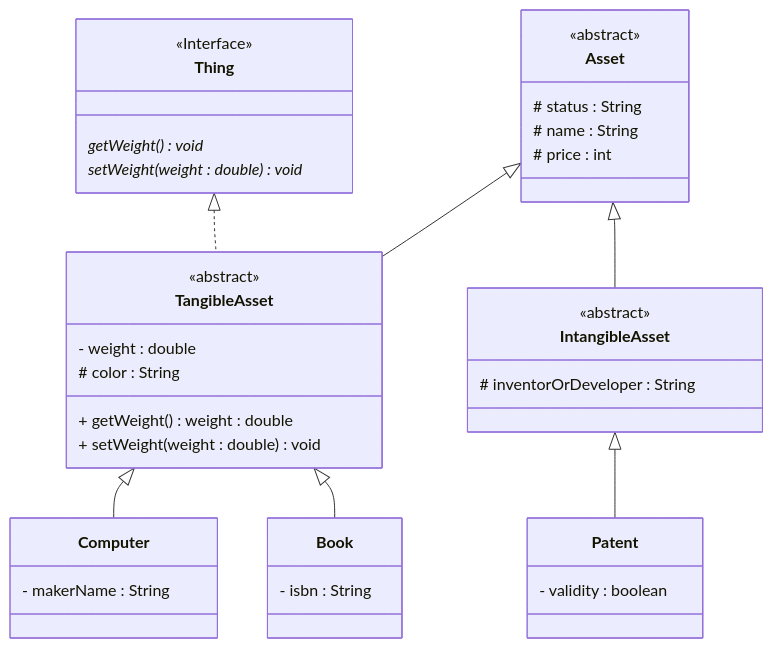
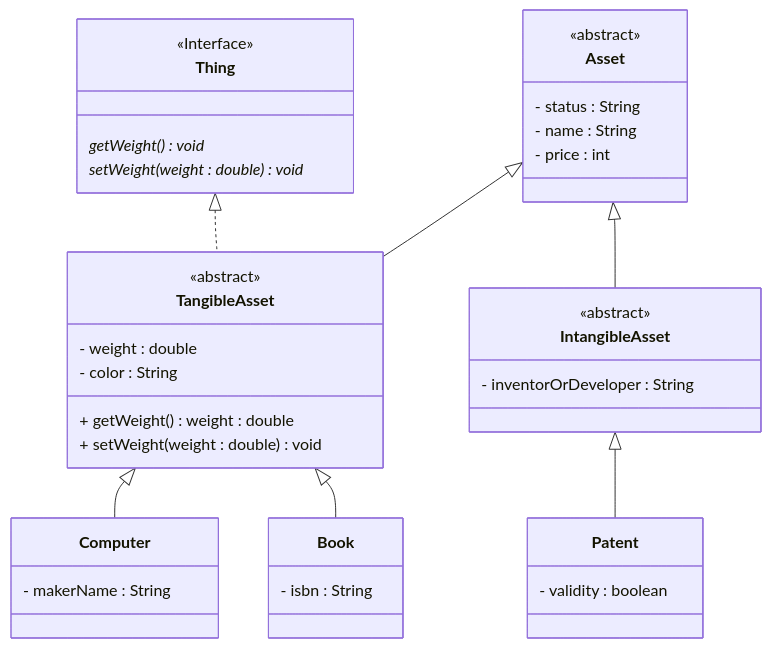
One commit to SurvivalCodingCampus/gangnam3-java-oop changed the diagram in docs/Day08AssetDiagram.md. Above: the diagram before and after it, drawn with Mermaid.

Commit message:
docs: 다이어그램 private로 변경

````diff
--- a/docs/Day08AssetDiagram.md
+++ b/docs/Day08AssetDiagram.md
@@ -1,54 +1,54 @@
 ```mermaid
 classDiagram
 
     class Asset {
         <<abstract>>
-        # status : String
-        # name : String
-        # price : int
+        - status : String
+        - name : String
+        - price : int
     }
     
     class TangibleAsset {
         <<abstract>>
         - weight : double
-        # color : String
+        - color : String
         
         + getWeight() weight : double 
         + setWeight(weight : double) void
     }
         
     class Computer {
         - makerName : String
     }
     
     class Book {
         - isbn : String
     }
     
     class IntangibleAsset {
         <<abstract>>
-        # inventorOrDeveloper : String
+        - inventorOrDeveloper : String
     }
     
     class Patent {
         - validity : boolean
     }
     
     class Thing {
         <<Interface>>
         getWeight() void *
         setWeight(weight : double) void *
     }
 
     Asset <|-- TangibleAsset
     Asset <|-- IntangibleAsset
     
     IntangibleAsset <|-- Patent
     
     TangibleAsset <|-- Computer 
     TangibleAsset <|-- Book 
     
     Thing <|.. TangibleAsset
     
 
 ```
````
